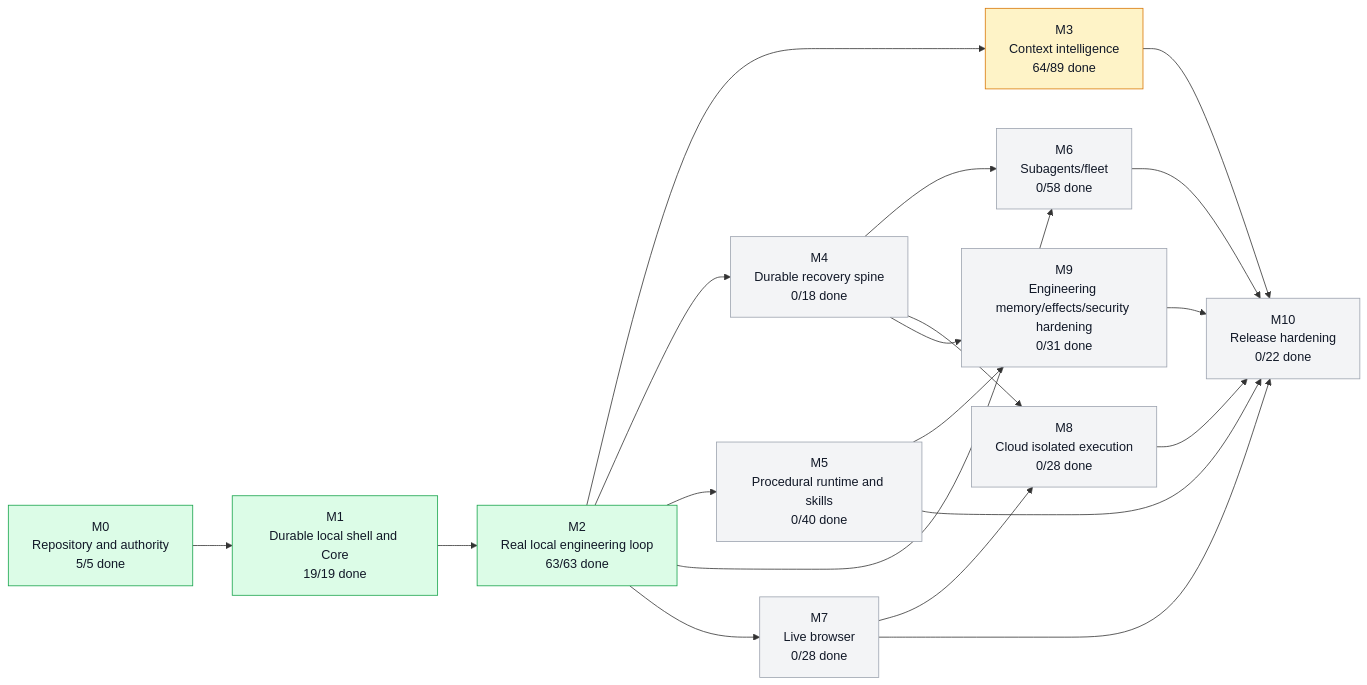
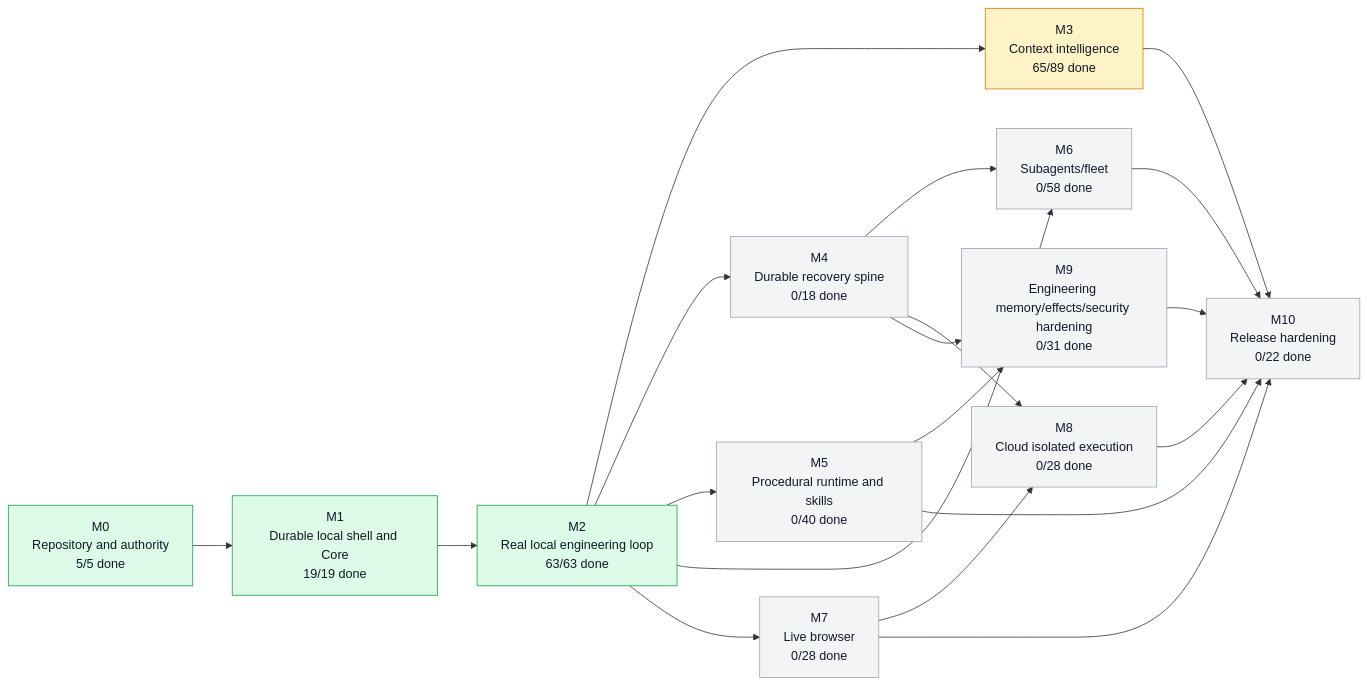
Before and after one commit to moss101/modbit: the first of 5 diagrams in graph/PROJECT_GRAPH.md, drawn with Mermaid. The commit also changed other lines of this file and 6 other files, not shown here.

````diff
--- a/graph/PROJECT_GRAPH.md
+++ b/graph/PROJECT_GRAPH.md
@@ -57,43 +57,43 @@
 ```mermaid
 flowchart LR
   M0["M0<br/>Repository and authority<br/>5/5 done"]
   M1["M1<br/>Durable local shell and Core<br/>19/19 done"]
   M2["M2<br/>Real local engineering loop<br/>63/63 done"]
-  M3["M3<br/>Context intelligence<br/>64/89 done"]
+  M3["M3<br/>Context intelligence<br/>65/89 done"]
   M4["M4<br/>Durable recovery spine<br/>0/18 done"]
   M5["M5<br/>Procedural runtime and skills<br/>0/40 done"]
   M6["M6<br/>Subagents/fleet<br/>0/58 done"]
   M7["M7<br/>Live browser<br/>0/28 done"]
   M8["M8<br/>Cloud isolated execution<br/>0/28 done"]
   M9["M9<br/>Engineering memory/effects/security hardening<br/>0/31 done"]
   M10["M10<br/>Release hardening<br/>0/22 done"]
   M0 --> M1
   M1 --> M2
   M2 --> M3
   M2 --> M4
   M2 --> M5
   M2 --> M6
   M4 --> M6
   M2 --> M7
   M4 --> M8
   M7 --> M8
   M4 --> M9
   M5 --> M9
   M3 --> M10
   M5 --> M10
   M6 --> M10
   M7 --> M10
   M8 --> M10
   M9 --> M10
   style M0 fill:#dcfce7,stroke:#16a34a,color:#111827
   style M1 fill:#dcfce7,stroke:#16a34a,color:#111827
   style M2 fill:#dcfce7,stroke:#16a34a,color:#111827
   style M3 fill:#fef3c7,stroke:#d97706,color:#111827
   style M4 fill:#f3f4f6,stroke:#9ca3af,color:#111827
   style M5 fill:#f3f4f6,stroke:#9ca3af,color:#111827
   style M6 fill:#f3f4f6,stroke:#9ca3af,color:#111827
   style M7 fill:#f3f4f6,stroke:#9ca3af,color:#111827
   style M8 fill:#f3f4f6,stroke:#9ca3af,color:#111827
   style M9 fill:#f3f4f6,stroke:#9ca3af,color:#111827
   style M10 fill:#f3f4f6,stroke:#9ca3af,color:#111827
 ```
````
